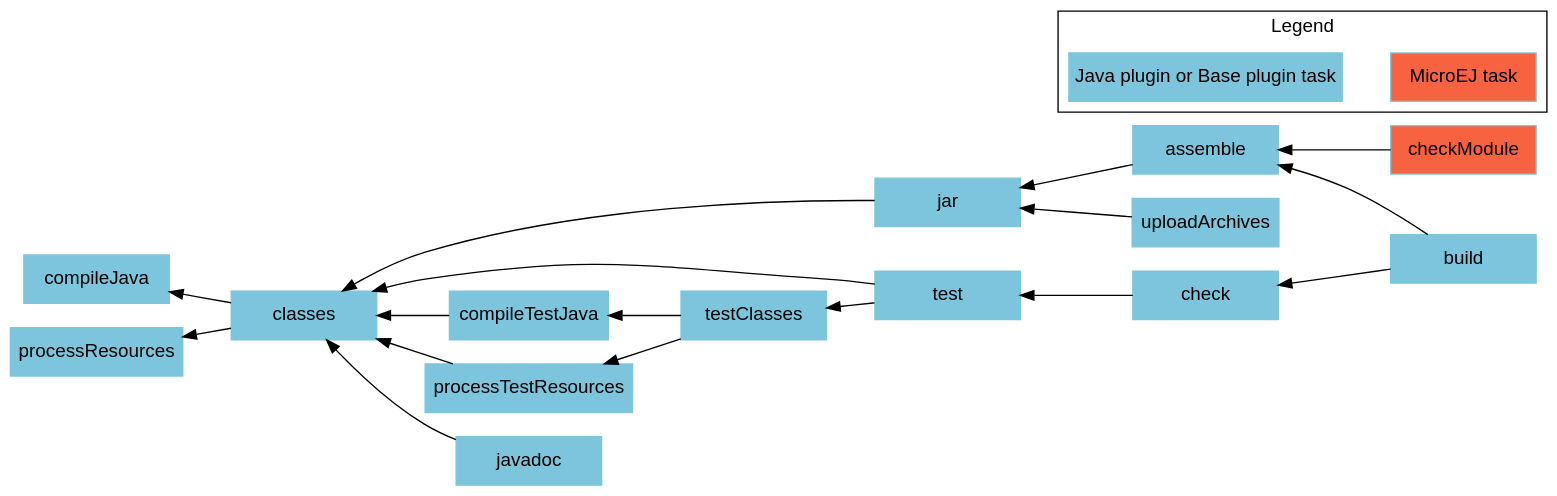
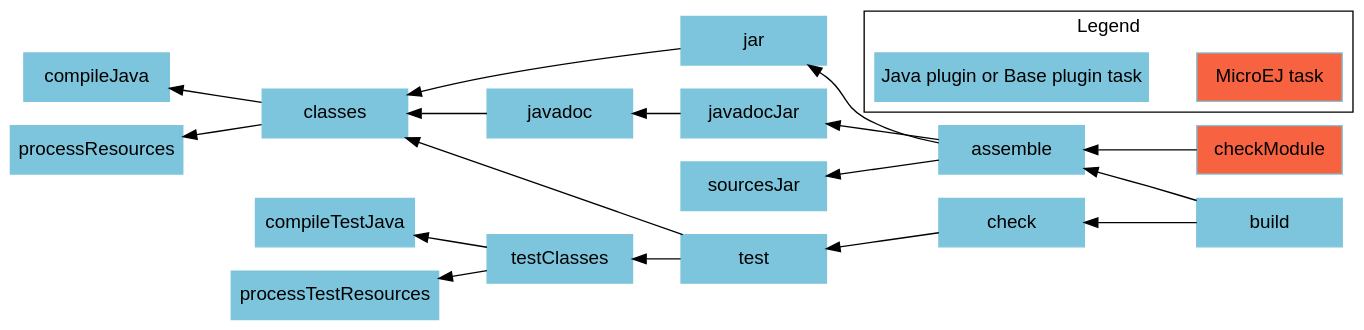
The diagram in SDK6UserGuide/graphJavaSeLibraryModule.dot (MicroEJ/docs), drawn with Graphviz before and after one commit. The commit also changed 5 other files, not shown here.

Commit message:
Update graphviz graphs for sdk6 module natures

```diff
--- a/SDK6UserGuide/graphJavaSeLibraryModule.dot
+++ b/SDK6UserGuide/graphJavaSeLibraryModule.dot
@@ -1,38 +1,38 @@
 digraph mygraph {
     rankdir="RL";
     bgcolor="transparent"
     fontname="Helvetica,Arial,sans-serif"
     node [
         shape = box
         width = 1.5
         color = "#7dc5dc"
         style = filled
         fontname="Helvetica,Arial,sans-serif"
     ]
     edge [fontname="Helvetica,Arial,sans-serif"]
     "checkModule" [fillcolor = "#f76241"]
     "build" -> "check"
+    "build" -> "assemble"
+    "assemble" -> "jar"
+    "assemble" -> "javadocJar"
+    "assemble" -> "sourcesJar"
+    "jar" -> "classes"
+    "classes" -> "compileJava"
+    "classes" -> "processResources"
+    "javadocJar" -> "javadoc"
+    "javadoc" -> "classes"
     "check" -> "test"
     "test" -> "classes"
     "test" -> "testClasses"
     "testClasses" -> "compileTestJava"
     "testClasses" -> "processTestResources"
-    "processTestResources" -> "classes"
-    "compileTestJava" -> "classes"
-    "javadoc" -> "classes"
-    "classes" -> "compileJava"
-    "classes" -> "processResources"
-    "build" -> "assemble"
-    "assemble" -> "jar"
-    "uploadArchives" -> "jar"
-    "jar" -> "classes"
     "checkModule" -> "assemble"
 
     subgraph cluster_legend {
         label="Legend";
         microej [fillcolor="#f76241" label="MicroEJ task"];
         java [fillcolor="#7dc5dc" label="Java plugin or Base plugin task"];
         microej -> java [style=invis];
         java -> microej [style=invis];
     }
 }
```
